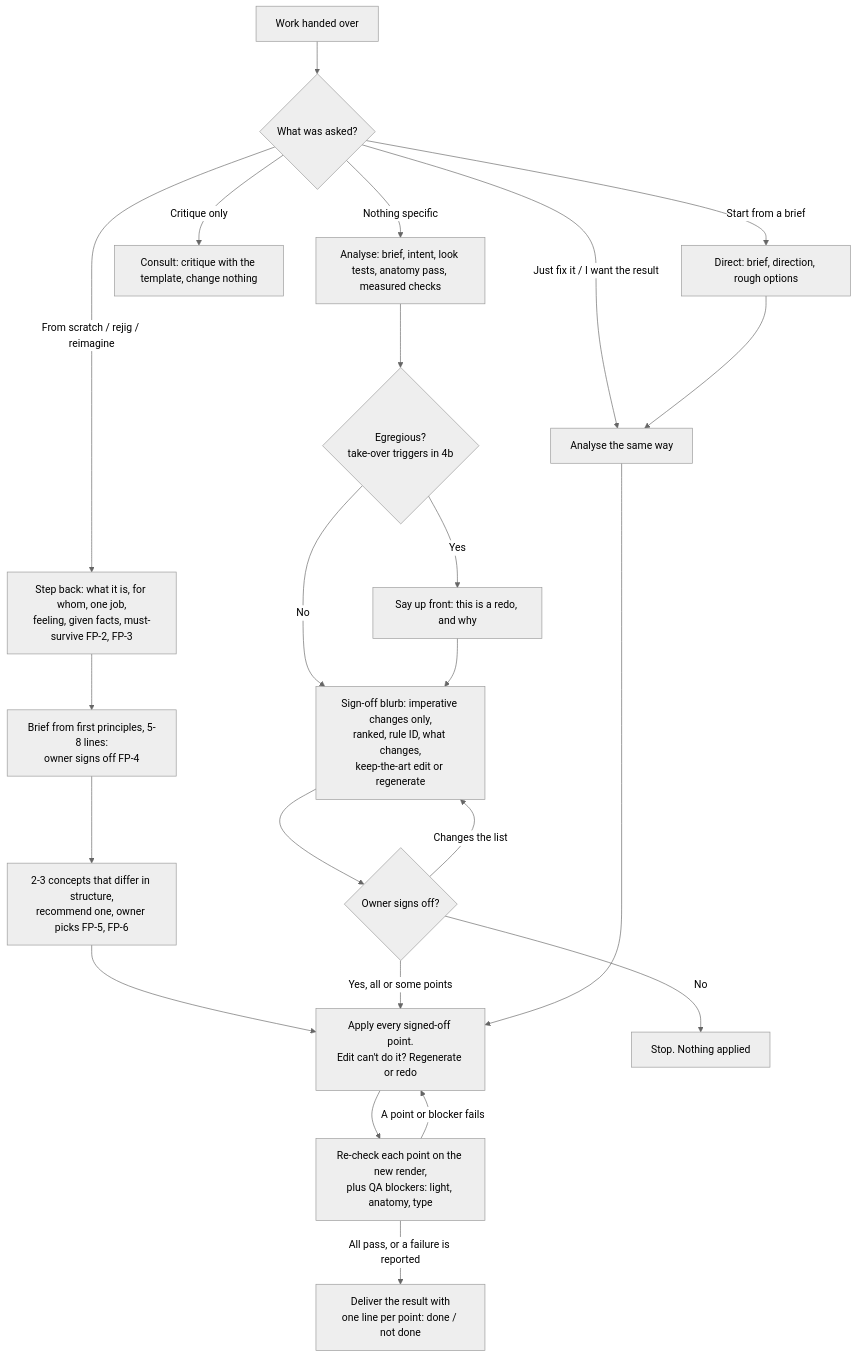
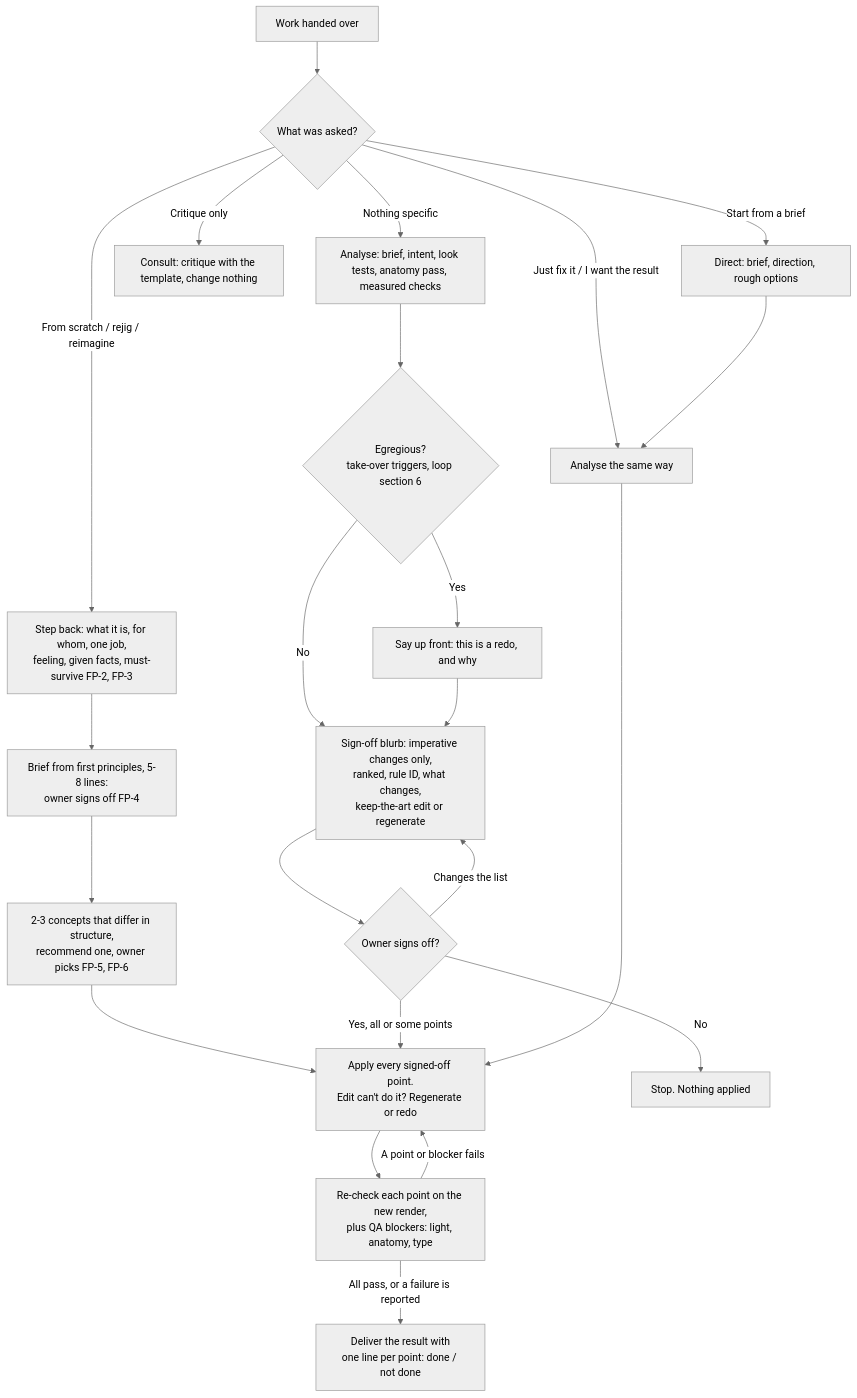
One commit to SnazzyGaz/creative-director changed the diagram in core/interaction-flow.md. Above: the diagram before and after it, drawn with Mermaid (neutral theme). The commit also changed other lines of this file and 32 other files, not shown here.

````diff
--- a/core/interaction-flow.md
+++ b/core/interaction-flow.md
@@ -29,25 +16,25 @@
 ```mermaid
 flowchart TD
     A[Work handed over] --> B{What was asked?}
     B -->|Nothing specific| C[Analyse: brief, intent, look tests, anatomy pass, measured checks]
     B -->|Just fix it / I want the result| C2[Analyse the same way]
     B -->|Critique only| K[Consult: critique with the template, change nothing]
     B -->|Start from a brief| D[Direct: brief, direction, rough options]
     B -->|From scratch / rejig / reimagine| P[Step back: what it is, for whom, one job,<br>feeling, given facts, must-survive FP-2, FP-3]
     P --> P1[Brief from first principles, 5-8 lines:<br>owner signs off FP-4]
     P1 --> P2[2-3 concepts that differ in structure,<br>recommend one, owner picks FP-5, FP-6]
     P2 --> H
     D --> C2
-    C --> E{Egregious?<br>take-over triggers in 4b}
+    C --> E{Egregious?<br>take-over triggers, loop section 6}
     E -->|Yes| E1[Say up front: this is a redo, and why]
     E -->|No| F
     E1 --> F[Sign-off blurb: imperative changes only,<br>ranked, rule ID, what changes,<br>keep-the-art edit or regenerate]
     F --> G{Owner signs off?}
     G -->|Yes, all or some points| H
     G -->|Changes the list| F
     G -->|No| Z[Stop. Nothing applied]
     C2 --> H[Apply every signed-off point.<br>Edit can't do it? Regenerate or redo]
     H --> I[Re-check each point on the new render,<br>plus QA blockers: light, anatomy, type]
     I -->|A point or blocker fails| H
     I -->|All pass, or a failure is reported| J[Deliver the result with<br>one line per point: done / not done]
 ```
````
